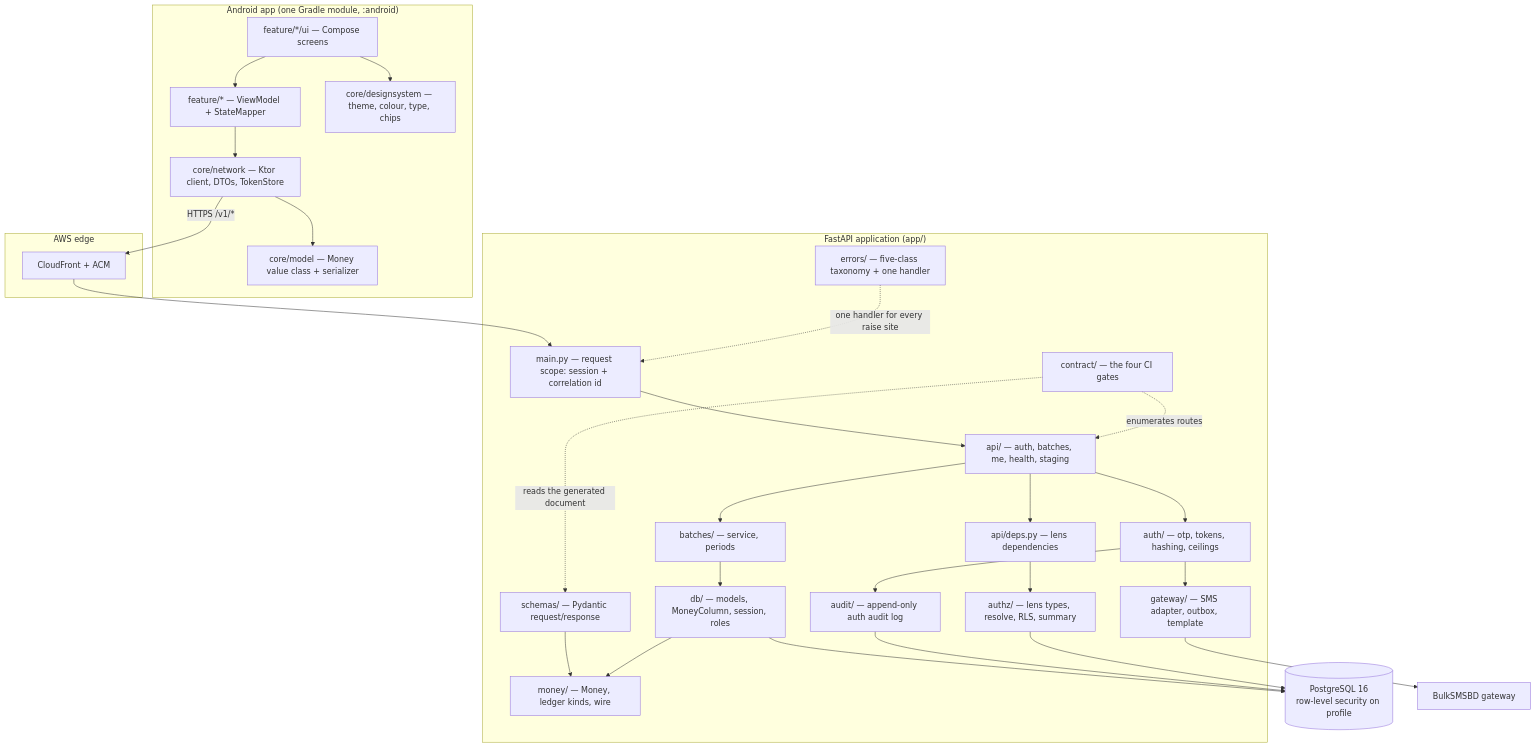
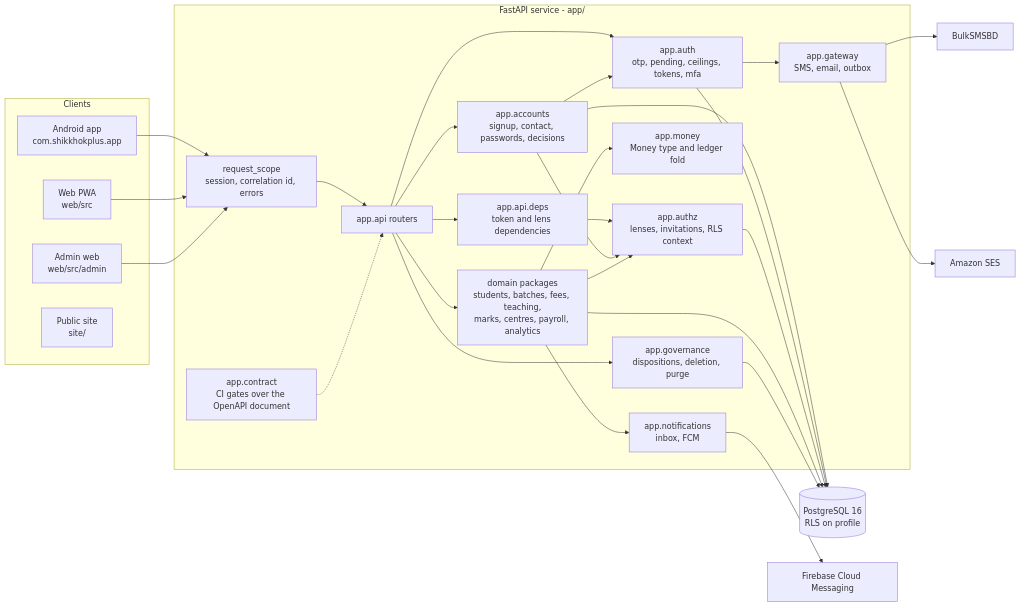
The first of 6 diagrams in aidlc/spaces/default/codekb/shikkhok-plus/architecture.md (arshomashohag/shikkhok-plus), drawn with Mermaid before and after one commit. The commit also changed other lines of this file and 16 other files, not shown here.

````diff
--- a/aidlc/spaces/default/codekb/shikkhok-plus/architecture.md
+++ b/aidlc/spaces/default/codekb/shikkhok-plus/architecture.md
@@ -66,47 +23,53 @@
 ```mermaid
-flowchart TB
-  subgraph Android["Android app (one Gradle module, :android)"]
-    UI["feature/*/ui — Compose screens"]
-    VM["feature/* — ViewModel + StateMapper"]
-    NET["core/network — Ktor client, DTOs, TokenStore"]
-    MODEL["core/model — Money value class + serializer"]
-    DS["core/designsystem — theme, colour, type, chips"]
-    UI --> VM --> NET --> MODEL
-    UI --> DS
-  end
+flowchart LR
+    subgraph Clients
+        AND["Android app<br/>com.shikkhokplus.app"]
+        WEB["Web PWA<br/>web/src"]
+        ADM["Admin web<br/>web/src/admin"]
+        SITE["Public site<br/>site/"]
+    end
+    subgraph Backend["FastAPI service - app/"]
+        RS["request_scope<br/>session, correlation id, errors"]
+        API["app.api routers"]
+        DEPS["app.api.deps<br/>token and lens dependencies"]
+        AUTHZ["app.authz<br/>lenses, invitations, RLS context"]
+        ACC["app.accounts<br/>signup, contact, passwords, decisions"]
+        AUTH["app.auth<br/>otp, pending, ceilings, tokens, mfa"]
+        DOM["domain packages<br/>students, batches, fees, teaching,<br/>marks, centres, payroll, analytics"]
+        MONEY["app.money<br/>Money type and ledger fold"]
+        GOV["app.governance<br/>dispositions, deletion, purge"]
+        GW["app.gateway<br/>SMS, email, outbox"]
+        NOTIF["app.notifications<br/>inbox, FCM"]
+        CONTRACT["app.contract<br/>CI gates over the OpenAPI document"]
+    end
+    DB[("PostgreSQL 16<br/>RLS on profile")]
+    SMS["BulkSMSBD"]
+    SES["Amazon SES"]
+    FCM["Firebase Cloud Messaging"]
 
-  subgraph Edge["AWS edge"]
-    CF["CloudFront + ACM"]
-  end
-
-  subgraph Backend["FastAPI application (app/)"]
-    MW["main.py — request scope: session + correlation id"]
-    API["api/ — auth, batches, me, health, staging"]
-    DEPS["api/deps.py — lens dependencies"]
-    AUTHZ["authz/ — lens types, resolve, RLS, summary"]
-    SVC["batches/ — service, periods"]
-    AUTH["auth/ — otp, tokens, hashing, ceilings"]
-    ERR["errors/ — five-class taxonomy + one handler"]
-    GW["gateway/ — SMS adapter, outbox, template"]
-    AUD["audit/ — append-only auth audit log"]
-    MONEY["money/ — Money, ledger kinds, wire"]
-    SCHEMA["schemas/ — Pydantic request/response"]
-    CONTRACT["contract/ — the four CI gates"]
-    DB["db/ — models, MoneyColumn, session, roles"]
-  end
-
-  PG[("PostgreSQL 16\nrow-level security on profile")]
-  SMS["BulkSMSBD gateway"]
-
-  NET -->|"HTTPS /v1/*"| CF --> MW
-  MW --> API --> DEPS --> AUTHZ
-  API --> SVC --> DB --> PG
-  API --> AUTH --> GW --> SMS
-  AUTH --> AUD --> PG
-  AUTHZ --> PG
-  SCHEMA --> MONEY
-  DB --> MONEY
-  CONTRACT -.->|"reads the generated document"| SCHEMA
-  CONTRACT -.->|"enumerates routes"| API
-  ERR -.->|"one handler for every raise site"| MW
+    AND --> RS
+    WEB --> RS
+    ADM --> RS
+    RS --> API
+    API --> DEPS
+    DEPS --> AUTHZ
+    API --> ACC
+    API --> AUTH
+    API --> DOM
+    ACC --> AUTH
+    ACC --> AUTHZ
+    DOM --> MONEY
+    DOM --> AUTHZ
+    API --> GOV
+    AUTH --> GW
+    DOM --> NOTIF
+    GW --> SMS
+    GW --> SES
+    NOTIF --> FCM
+    ACC --> DB
+    AUTH --> DB
+    AUTHZ --> DB
+    DOM --> DB
+    GOV --> DB
+    CONTRACT -.-> API
 ```
````
